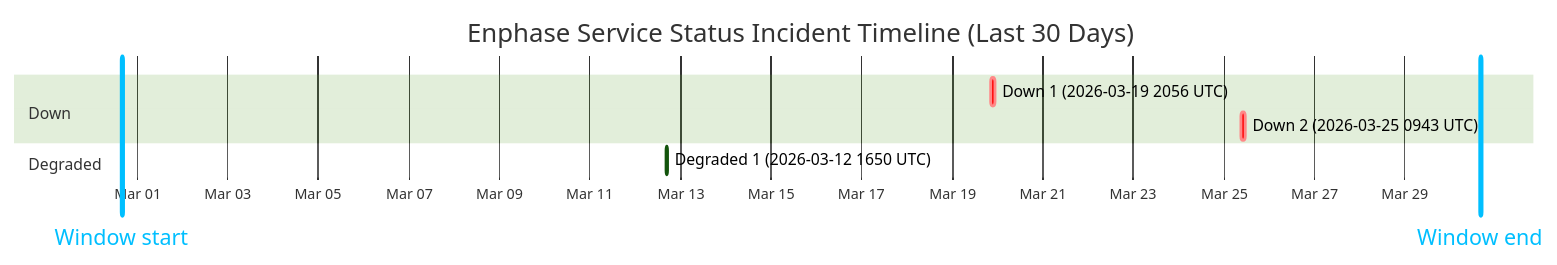
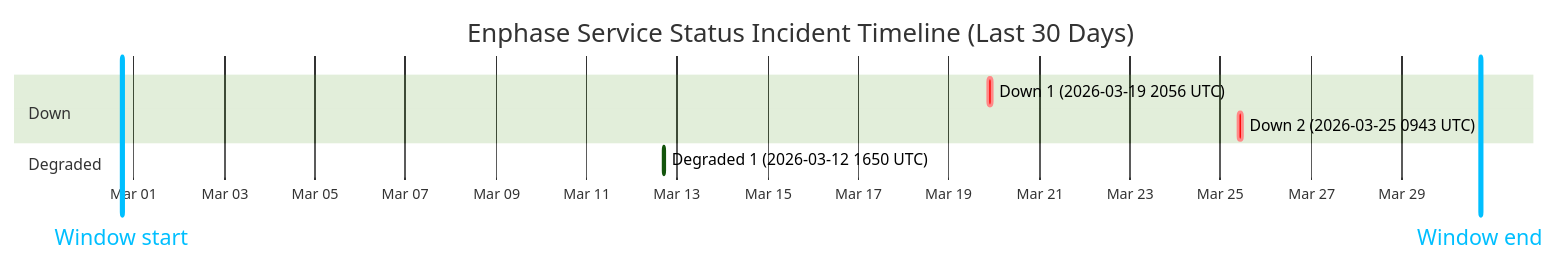
The diagram in wiki/Service-Status-History.md (barneyonline/ha-enphase-ev-charger), drawn with Mermaid (forest theme) before and after one commit. The commit also changed other lines of this file and 3 other files, not shown here.

````diff
--- a/wiki/Service-Status-History.md
+++ b/wiki/Service-Status-History.md
@@ -14,13 +14,13 @@
 ```mermaid
 gantt
     title Enphase Service Status Incident Timeline (Last 30 Days)
     dateFormat  YYYY-MM-DDTHH:mm:ss
     axisFormat  %b %d
-    Window start :vert, window-start, 2026-02-28T16:00:29, 0ms
-    Window end :vert, window-end, 2026-03-30T16:00:29, 0ms
+    Window start :vert, window-start, 2026-02-28T17:43:41, 0ms
+    Window end :vert, window-end, 2026-03-30T17:43:41, 0ms
     section Down
     Down 1 (2026-03-19 2056 UTC) :crit, down-1, 2026-03-19T20:56:20, 145m
     Down 2 (2026-03-25 0943 UTC) :crit, down-2, 2026-03-25T09:43:28, 111m
     section Degraded
     Degraded 1 (2026-03-12 1650 UTC) :active, degraded-1, 2026-03-12T16:50:43, 60m
 ```
````
